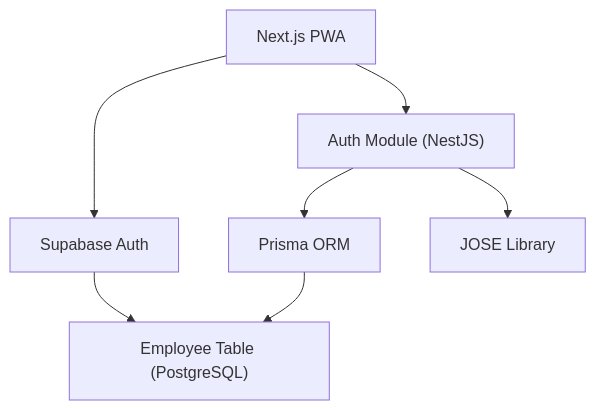
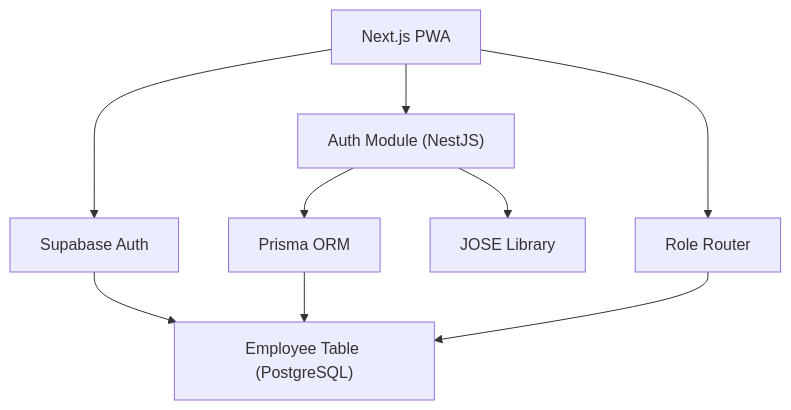
The fourth of 4 diagrams in .qoder/repowiki/en/content/Product Requirements Document/Functional Specifications/Authentication Module (F1).md (epo33m/scheduling), drawn with Mermaid before and after one commit. The commit also changed other lines of this file and 101 other files, not shown here.

````diff
--- a/.qoder/repowiki/en/content/Product Requirements Document/Functional Specifications/Authentication Module (F1).md
+++ b/.qoder/repowiki/en/content/Product Requirements Document/Functional Specifications/Authentication Module (F1).md
@@ -331,15 +428,18 @@
 ```mermaid
 graph TB
 AuthModule["Auth Module (NestJS)"]
 SupabaseAuth["Supabase Auth"]
 EmployeeDB["Employee Table (PostgreSQL)"]
 Prisma["Prisma ORM"]
 NextPWA["Next.js PWA"]
 JOSE["JOSE Library"]
+RoleRouter["Role Router"]
 NextPWA --> SupabaseAuth
 NextPWA --> AuthModule
+NextPWA --> RoleRouter
 AuthModule --> Prisma
 AuthModule --> JOSE
 Prisma --> EmployeeDB
 SupabaseAuth --> EmployeeDB
+RoleRouter --> EmployeeDB
 ```
````
